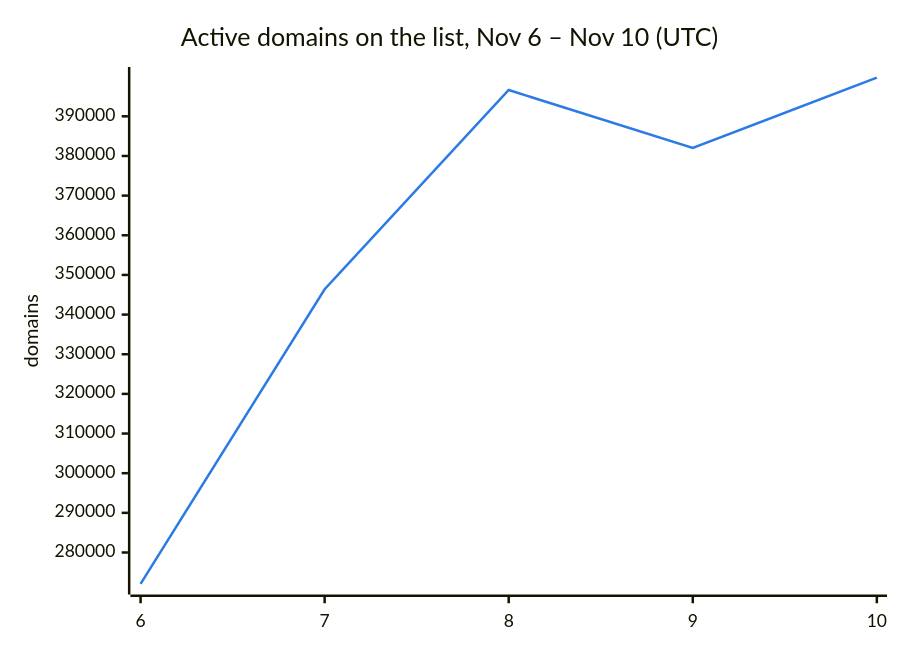
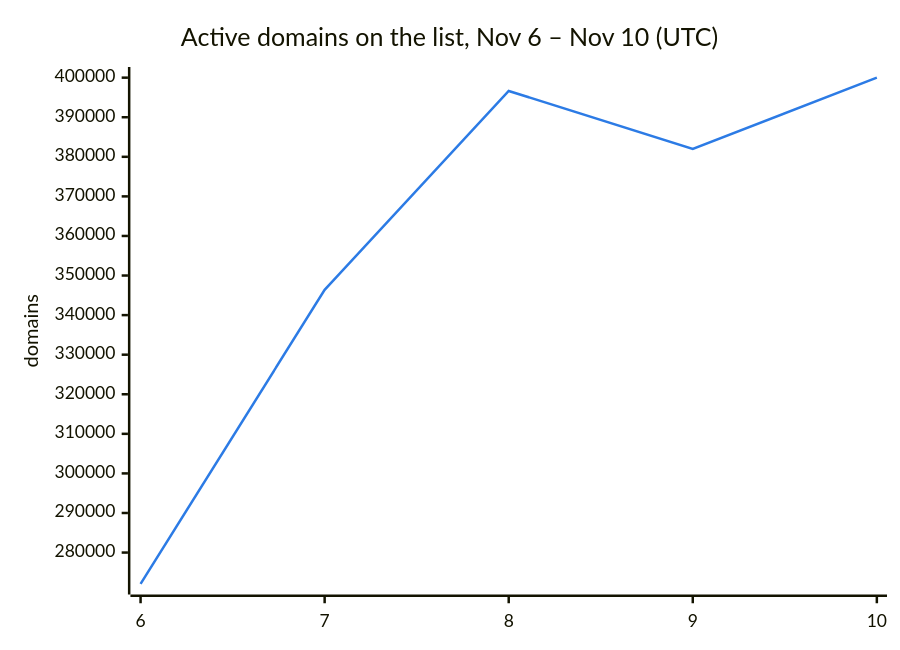
Before and after one commit to DNSBunker/CTI: the second of 3 diagrams in README.md, drawn with Mermaid. The commit also changed other lines of this file and 3 other files, not shown here.

````diff
--- a/README.md
+++ b/README.md
@@ -38,8 +38,8 @@
 ```mermaid
 %%{init: {"themeVariables": {"xyChart": {"plotColorPalette": "#2c7be5"}}}}%%
 xychart-beta
     title "Active domains on the list, Nov 6 – Nov 10 (UTC)"
     x-axis ["6", "7", "8", "9", "10"]
     y-axis "domains"
-    line [272088, 346388, 396638, 382009, 399759]
+    line [272088, 346388, 396638, 382009, 400008]
 ```
````
